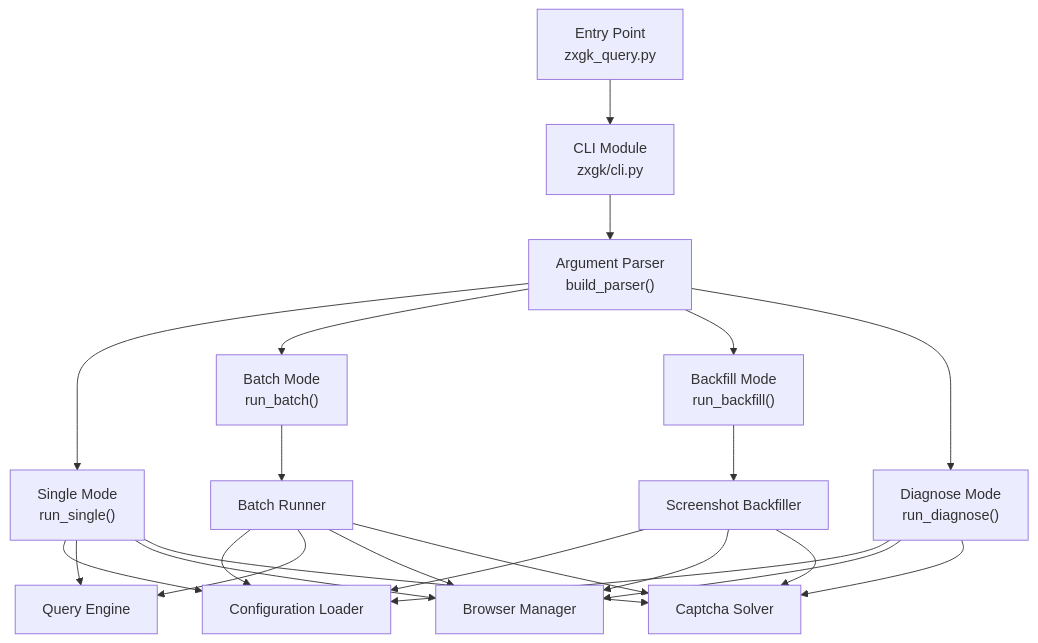
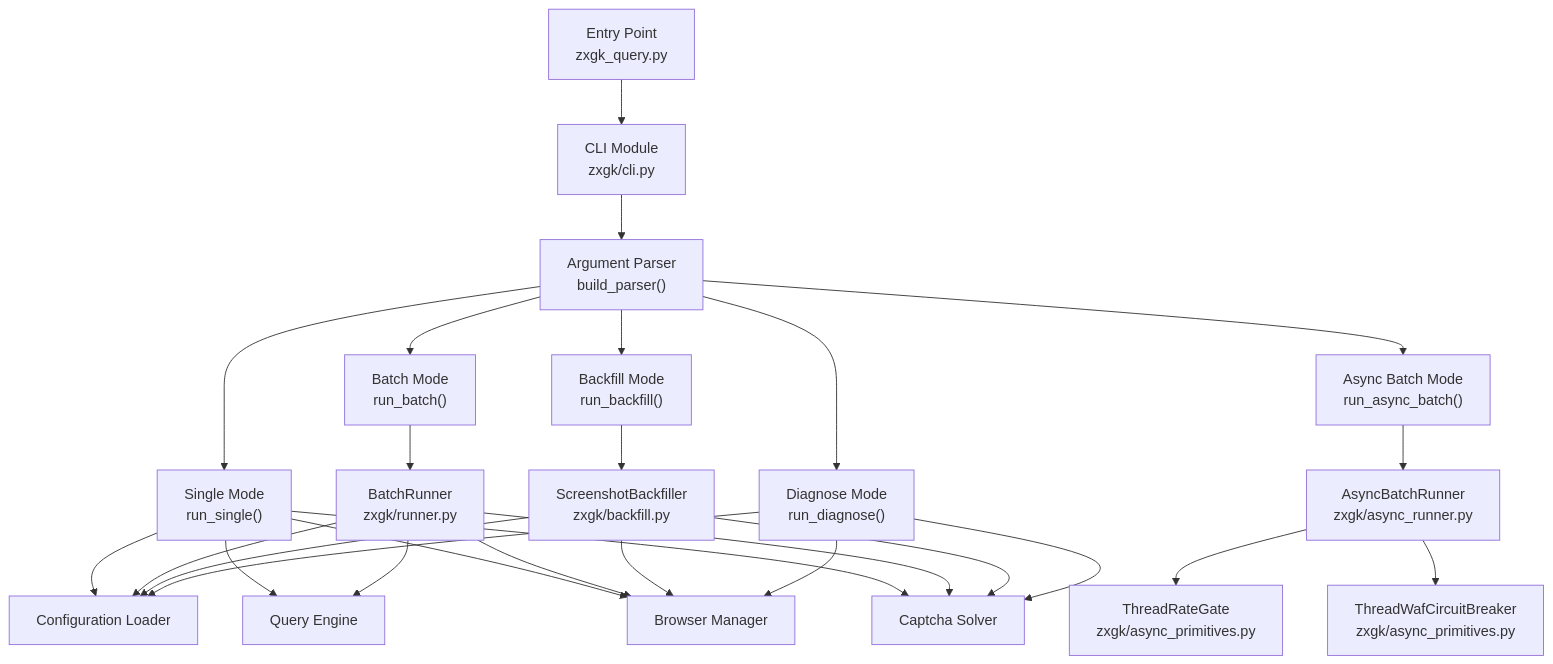
The first of 4 diagrams in .qoder/repowiki/en/content/CLI Interface Reference.md (supotato-ipj/zxgk_auto_query-skill), drawn with Mermaid before and after one commit. The commit also changed other lines of this file and 19 other files, not shown here.

````diff
--- a/.qoder/repowiki/en/content/CLI Interface Reference.md
+++ b/.qoder/repowiki/en/content/CLI Interface Reference.md
@@ -43,25 +45,29 @@
 ```mermaid
 graph TB
 Entry["Entry Point<br/>zxgk_query.py"] --> CLI["CLI Module<br/>zxgk/cli.py"]
 CLI --> Parser["Argument Parser<br/>build_parser()"]
 Parser --> Single["Single Mode<br/>run_single()"]
 Parser --> Batch["Batch Mode<br/>run_batch()"]
+Parser --> AsyncBatch["Async Batch Mode<br/>run_async_batch()"]
 Parser --> Backfill["Backfill Mode<br/>run_backfill()"]
 Parser --> Diagnose["Diagnose Mode<br/>run_diagnose()"]
 Single --> Config["Configuration Loader"]
 Single --> Engine["Query Engine"]
 Single --> Browser["Browser Manager"]
 Single --> Captcha["Captcha Solver"]
-Batch --> Runner["Batch Runner"]
+Batch --> Runner["BatchRunner<br/>zxgk/runner.py"]
+AsyncBatch --> AsyncRunner["AsyncBatchRunner<br/>zxgk/async_runner.py"]
+AsyncRunner --> RateGate["ThreadRateGate<br/>zxgk/async_primitives.py"]
+AsyncRunner --> CircuitBreaker["ThreadWafCircuitBreaker<br/>zxgk/async_primitives.py"]
 Runner --> Config
 Runner --> Engine
 Runner --> Browser
 Runner --> Captcha
-Backfill --> Backfiller["Screenshot Backfiller"]
+Backfill --> Backfiller["ScreenshotBackfiller<br/>zxgk/backfill.py"]
 Backfiller --> Config
 Backfiller --> Browser
 Backfiller --> Captcha
 Diagnose --> Config
 Diagnose --> Browser
 Diagnose --> Captcha
 ```
````
